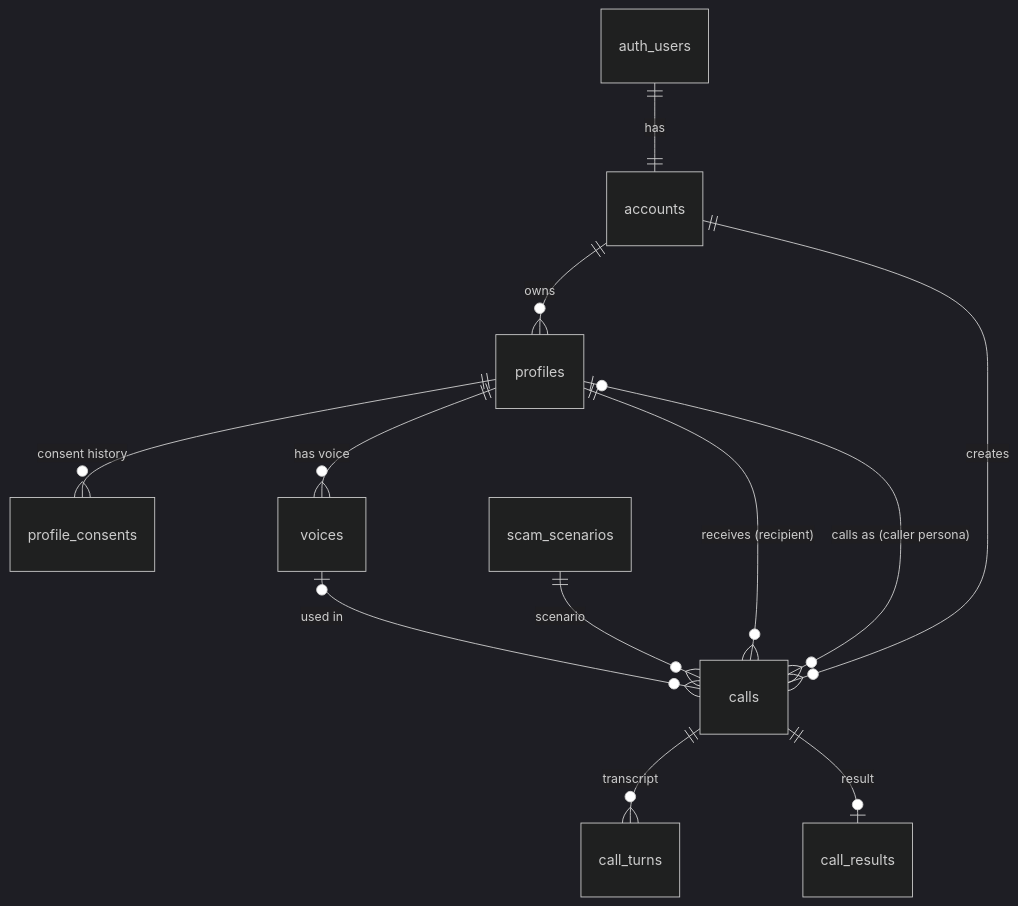
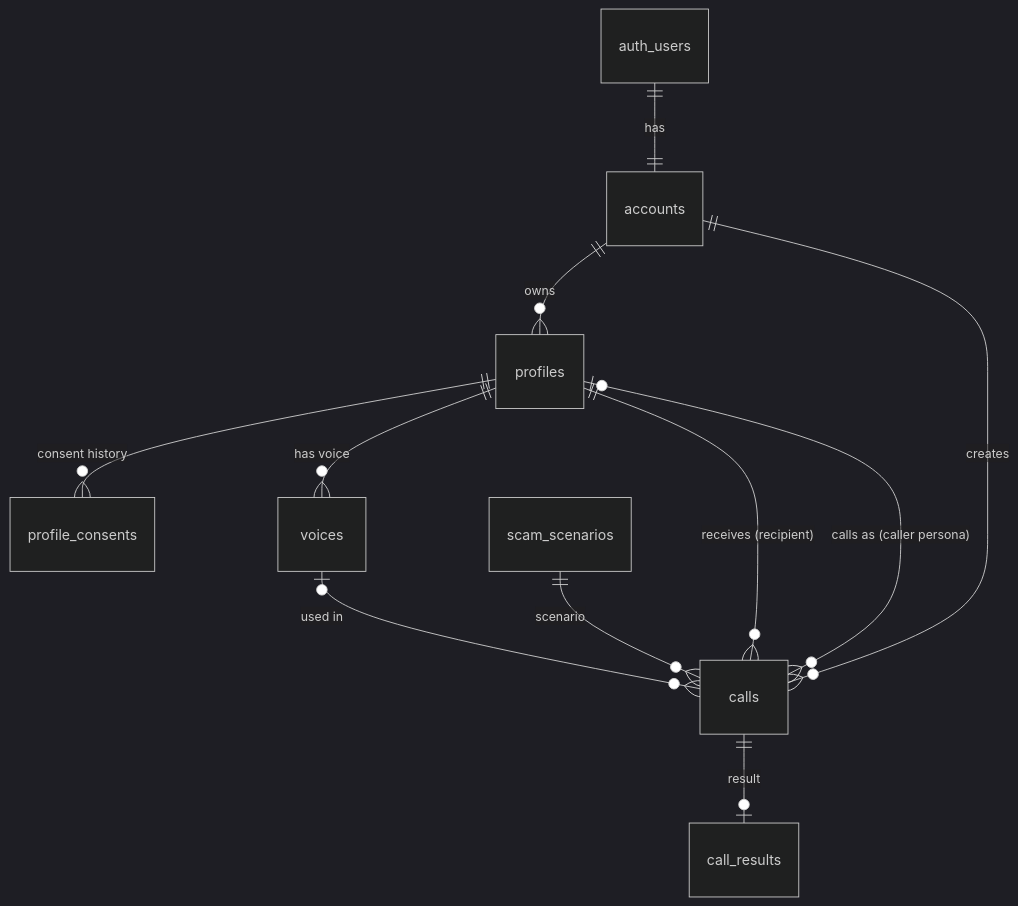
The diagram in supabase/database-schema.md (CSC392-CSC492-Building-AI-ML-systems/Trust-In-What-We-See-And-Hear), drawn with Mermaid (dark theme) before and after one commit. The commit also changed other lines of this file, not shown here.

Commit message:
Modified db schema

````diff
--- a/supabase/database-schema.md
+++ b/supabase/database-schema.md
@@ -27,14 +26,13 @@
 ```mermaid
 erDiagram
     auth_users ||--|| accounts : "has"
     accounts ||--o{ profiles : "owns"
     profiles ||--o{ profile_consents : "consent history"
     profiles ||--o{ voices : "has voice"
     accounts ||--o{ calls : "creates"
     profiles ||--o{ calls : "receives (recipient)"
     profiles |o--o{ calls : "calls as (caller persona)"
     voices |o--o{ calls : "used in"
     scam_scenarios ||--o{ calls : "scenario"
-    calls ||--o{ call_turns : "transcript"
     calls ||--o| call_results : "result"
 ```
````
